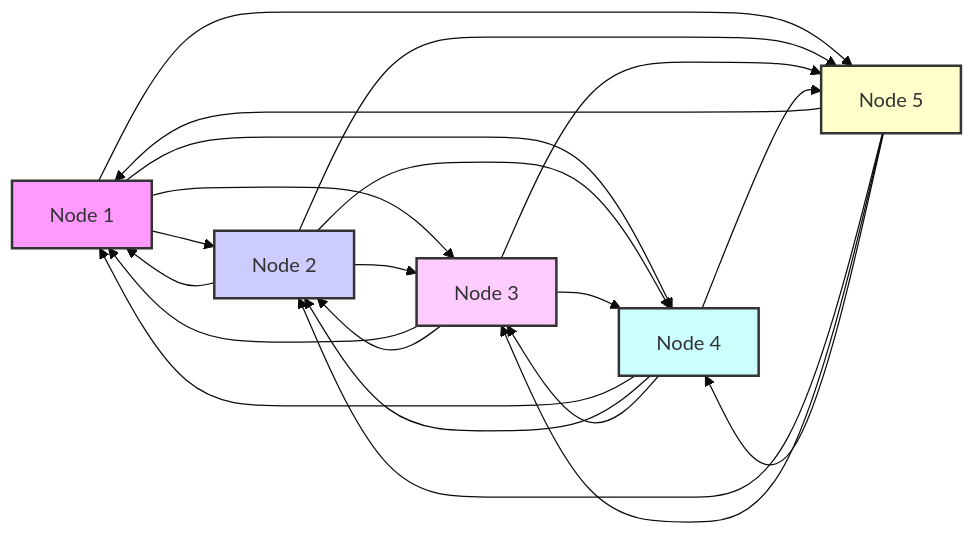
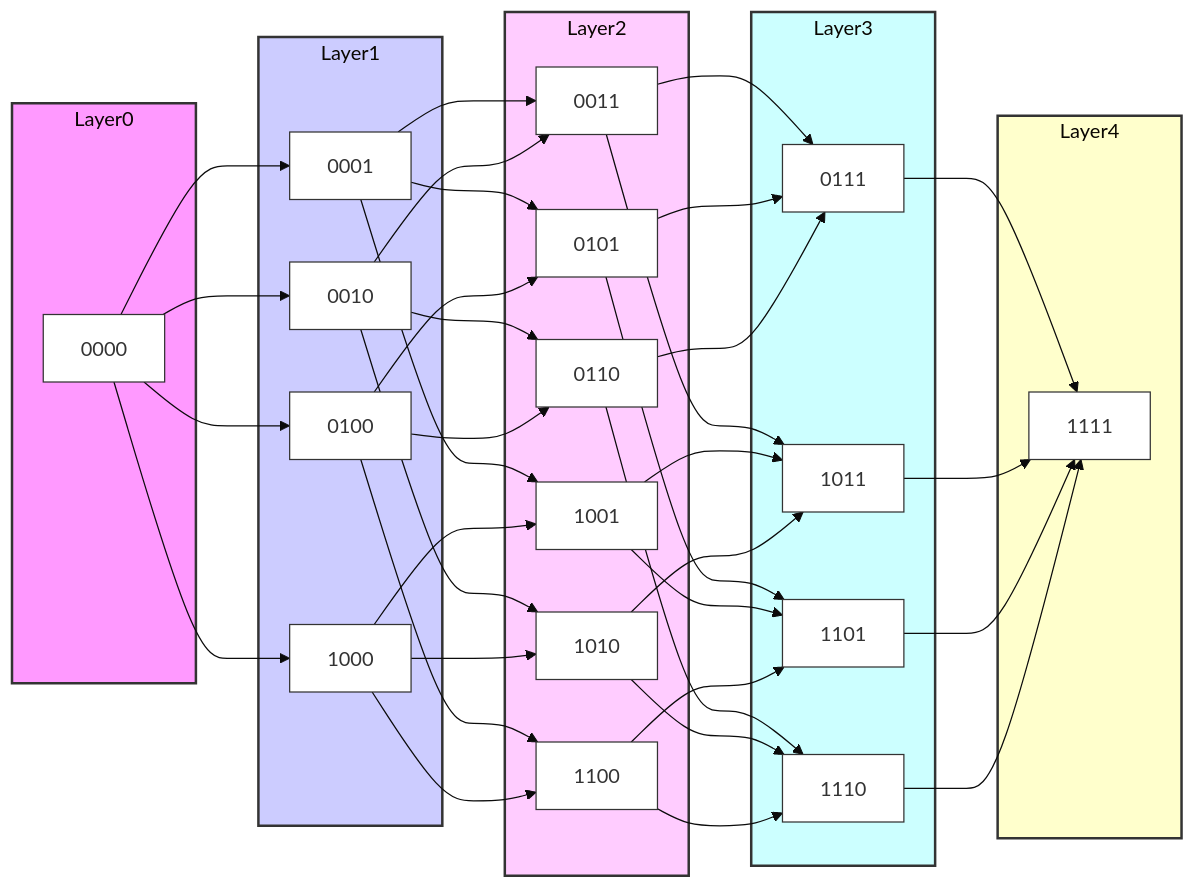
One commit to souviksonar/2ndsem changed the diagram in content/PYQ.md. Above: the diagram before and after it, drawn with Mermaid (base theme). The commit also changed other lines of this file and 23 other files, not shown here.

````diff
--- a/content/PYQ.md
+++ b/content/PYQ.md
@@ -3,38 +5,85 @@
 ```mermaid
 graph LR;
-    A[Node 1];
-    B[Node 2];
-    C[Node 3];
-    D[Node 4];
-    E[Node 5];
+    subgraph Layer0
+        style Layer0 fill:#f9f,stroke:#333,stroke-width:2px
+        V0000["0000"]:::vertex
+    end
 
-    A --> B;
-    B --> A;
-    A --> C;
-    C --> A;
-    A --> D;
-    D --> A;
-    A --> E;
-    E --> A;
-    B --> C;
-    C --> B;
-    B --> D;
-    D --> B;
-    B --> E;
-    E --> B;
-    C --> D;
-    D --> C;
-    C --> E;
-    E --> C;
-    D --> E;
-    E --> D;
-    
+    subgraph Layer1
+        style Layer1 fill:#ccf,stroke:#333,stroke-width:2px
+        V0001["0001"]:::vertex
+        V0010["0010"]:::vertex
+        V0100["0100"]:::vertex
+        V1000["1000"]:::vertex
+    end
 
-    style A fill:#f9f,stroke:#333,stroke-width:2px
-    style B fill:#ccf,stroke:#333,stroke-width:2px
-    style C fill:#fcf,stroke:#333,stroke-width:2px
-    style D fill:#cff,stroke:#333,stroke-width:2px
-    style E fill:#ffc,stroke:#333,stroke-width:2px
+    subgraph Layer2
+        style Layer2 fill:#fcf,stroke:#333,stroke-width:2px
+        V0011["0011"]:::vertex
+        V0101["0101"]:::vertex
+        V0110["0110"]:::vertex
+        V1001["1001"]:::vertex
+        V1010["1010"]:::vertex
+        V1100["1100"]:::vertex
+    end
+
+    subgraph Layer3
+        style Layer3 fill:#cff,stroke:#333,stroke-width:2px
+        V0111["0111"]:::vertex
+        V1011["1011"]:::vertex
+        V1101["1101"]:::vertex
+        V1110["1110"]:::vertex
+    end
+
+    subgraph Layer4
+        style Layer4 fill:#ffc,stroke:#333,stroke-width:2px
+        V1111["1111"]:::vertex
+    end
+
+    V0000 --> V0001;
+    V0000 --> V0010;
+    V0000 --> V0100;
+    V0000 --> V1000;
+
+    V0001 --> V0011;
+    V0001 --> V0101;
+    V0001 --> V1001;
+
+    V0010 --> V0011;
+    V0010 --> V0110;
+    V0010 --> V1010;
+
+    V0100 --> V0101;
+    V0100 --> V0110;
+    V0100 --> V1100;
+
+    V1000 --> V1001;
+    V1000 --> V1010;
+    V1000 --> V1100;
+
+    V0011 --> V0111;
+    V0011 --> V1011;
+
+    V0101 --> V0111;
+    V0101 --> V1101;
+
+    V0110 --> V0111;
+    V0110 --> V1110;
+
+    V1001 --> V1011;
+    V1001 --> V1101;
+
+    V1010 --> V1011;
+    V1010 --> V1110;
+
+    V1100 --> V1101;
+    V1100 --> V1110;
+
+    V0111 --> V1111;
+    V1011 --> V1111;
+    V1101 --> V1111;
+    V1110 --> V1111;
 
 
+   classDef vertex fill:#fff,stroke:#333,stroke-width:1px
 ```
````
